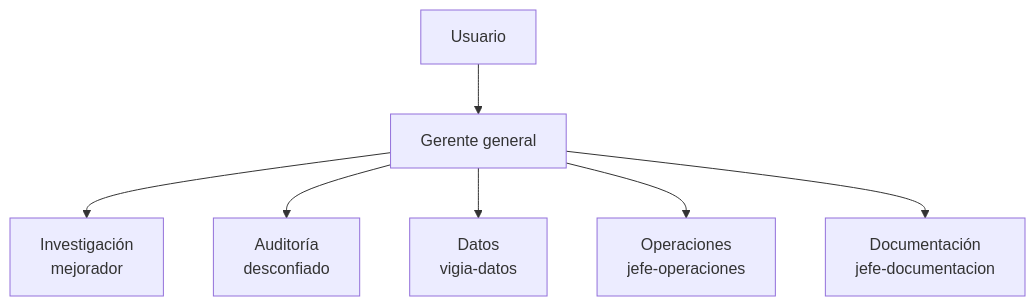
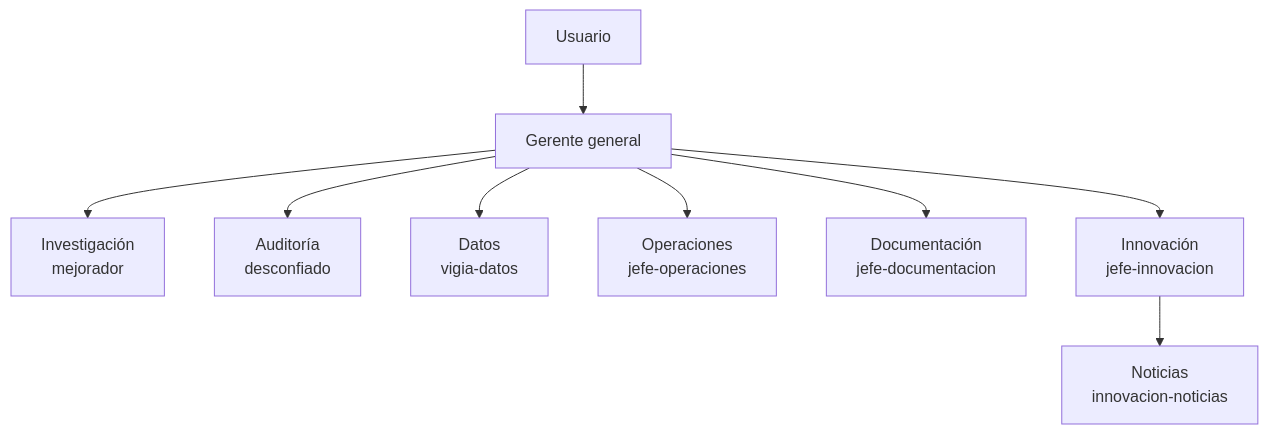
The diagram in XAUUSD EMA/ATR/Gerencia y mesa directiva.md (Kronnos2006/xauusd-ema-atr-bot), drawn with Mermaid before and after one commit. The commit also changed other lines of this file and 6 other files, not shown here.

First line of the commit message:
Gerencia: Jefe de Innovación y subordinado de noticias

````diff
--- a/XAUUSD EMA/ATR/Gerencia y mesa directiva.md
+++ b/XAUUSD EMA/ATR/Gerencia y mesa directiva.md
@@ -15,9 +15,11 @@
 ```mermaid
 flowchart TD
   U[Usuario] --> G[Gerente general]
   G --> I[Investigación<br/>mejorador]
   G --> A[Auditoría<br/>desconfiado]
   G --> D[Datos<br/>vigia-datos]
   G --> O[Operaciones<br/>jefe-operaciones]
   G --> C[Documentación<br/>jefe-documentacion]
+  G --> N[Innovación<br/>jefe-innovacion]
+  N --> NN[Noticias<br/>innovacion-noticias]
 ```
````
